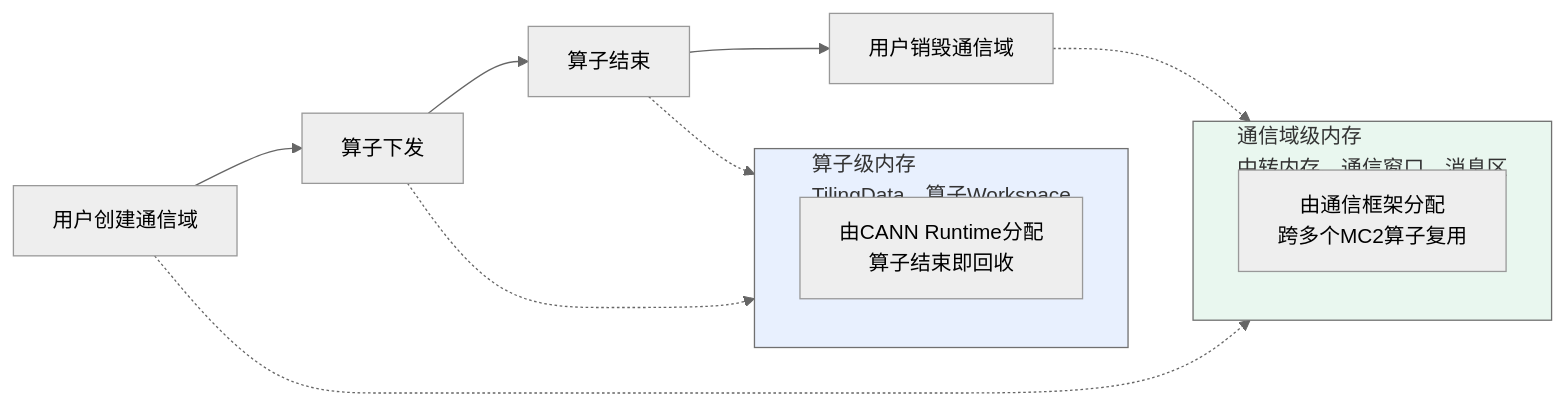
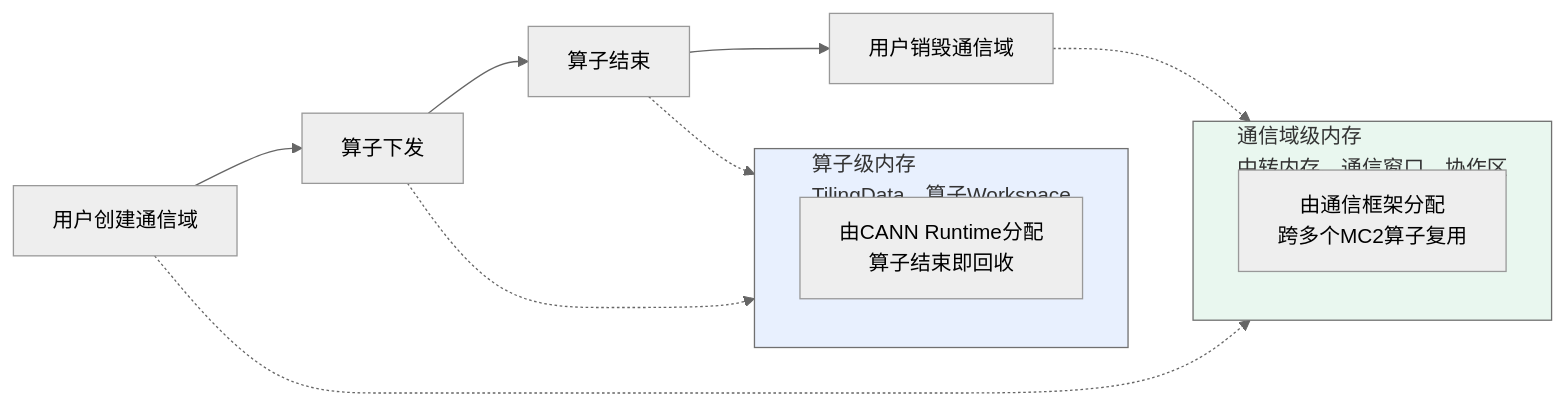
Before and after one commit to Atlas-Ascend-Fork/asc-comm: the first of 4 diagrams in docs/zh/编程模型/MC2编程模型/内存模型.md, drawn with Mermaid (neutral theme). The commit also changed other lines of this file and 1 other file, not shown here.

````diff
--- a/docs/zh/编程模型/MC2编程模型/内存模型.md
+++ b/docs/zh/编程模型/MC2编程模型/内存模型.md
@@ -65,20 +69,20 @@
 ```mermaid
 flowchart LR
     T1["用户创建通信域"] --> T2["算子下发"] --> T3["算子结束"] --> T4["用户销毁通信域"]
 
-    subgraph DOMAIN["通信域级内存<br/>中转内存、通信窗口、消息区"]
+    subgraph DOMAIN["通信域级内存<br/>中转内存、通信窗口、协作区"]
         D["由通信框架分配<br/>跨多个MC2算子复用"]
     end
 
     subgraph OP["算子级内存<br/>TilingData、算子Workspace"]
         O["由CANN Runtime分配<br/>算子结束即回收"]
     end
 
     T1 -.-> DOMAIN
     T4 -.-> DOMAIN
     T2 -.-> OP
     T3 -.-> OP
 
     style DOMAIN fill:#e9f7ef
     style OP fill:#e8f0fe
 ```
````
